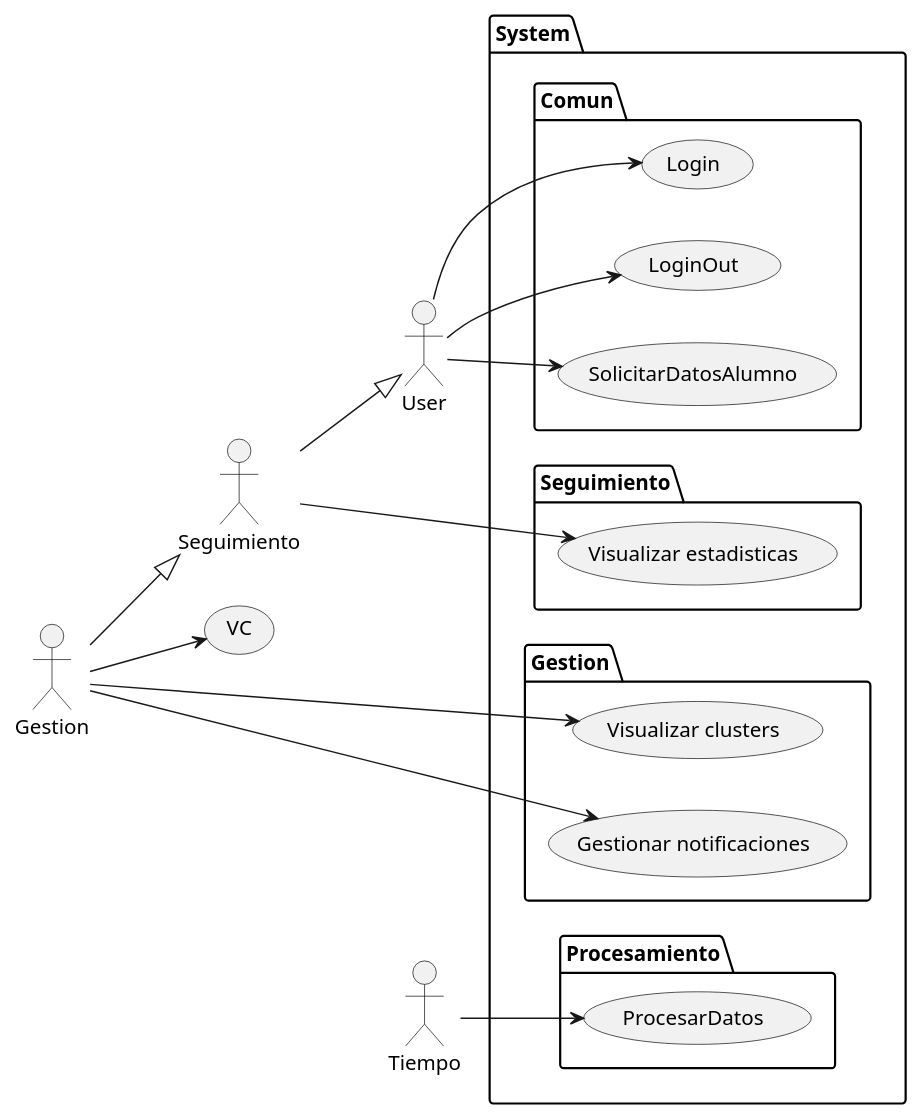
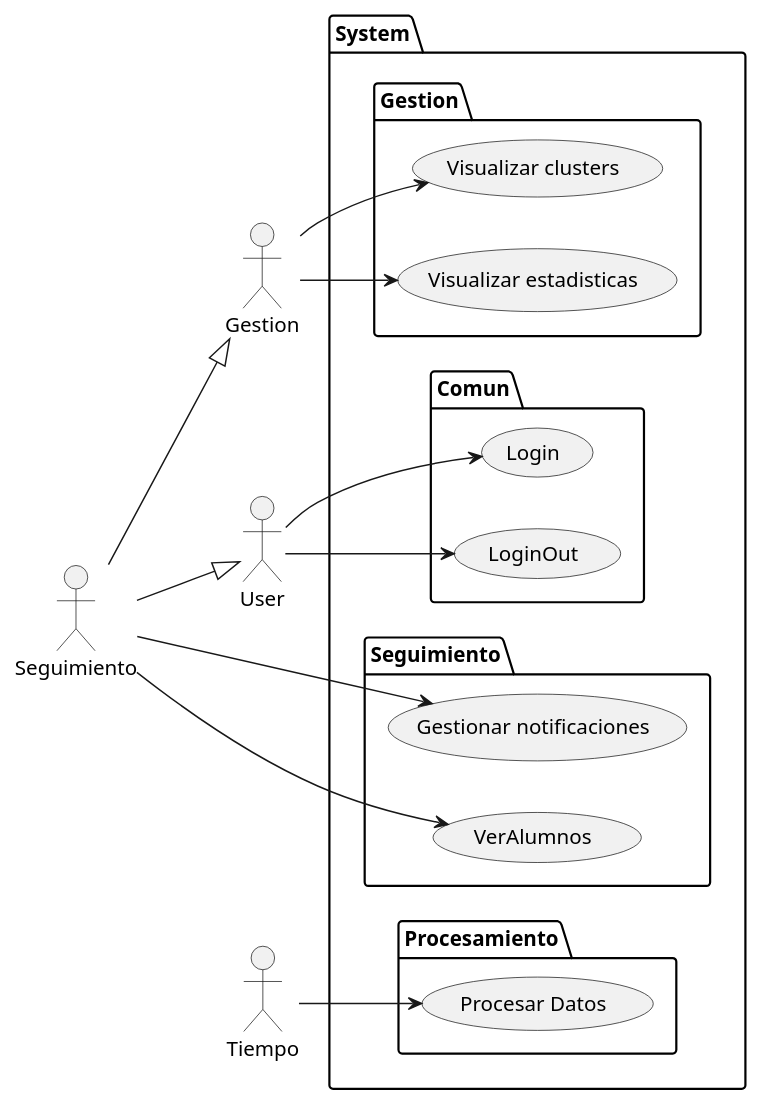
Before and after one commit to mmasias/IdSw1-22-23: the diagram in 000-entregas/Grupo1/CasosDeUso/Cdu.puml, drawn with PlantUML.

Commit message:
Actualizado segun Jorge

```diff
--- a/000-entregas/Grupo1/CasosDeUso/Cdu.puml
+++ b/000-entregas/Grupo1/CasosDeUso/Cdu.puml
@@ -1,45 +1,44 @@
 @startuml CasosDeUso
 left to right direction
 
 actor User
 actor "Gestion" as GEST
 actor "Seguimiento"	as SEG
 actor "Tiempo" as Tiempo
 
 User <|-u- SEG
-SEG <|-u- GEST
+GEST <|-l- SEG
 
 package System {
 
   package Comun {
     usecase "Login" as Login
     usecase "LoginOut" as LoginOut
-    usecase "SolicitarDatosAlumno" as SDA
   }
   package Seguimiento {
+    usecase "Gestionar notificaciones" as GN
+    usecase "VerAlumnos" as VA
+  }
+  package Gestion {
+    usecase "Visualizar clusters" as VC
     usecase "Visualizar estadisticas" as VE
   }
-  package Gestion {
-    usecase "Visualizar clusters" as VCL
-    usecase "Gestionar notificaciones" as GN
-  }
   package Procesamiento {
-    usecase "ProcesarDatos" as PD
+    usecase "Procesar Datos" as PD
   }
 }
 
 
 User --> (Login)
 User --> (LoginOut)
-User --> (SDA)
 
-SEG --> (VE)
+SEG --> (VA)
+SEG --> (GN)
 
 GEST --> (VC)
-GEST --> (VCL)
-GEST --> (GN)
+GEST --> (VE)
 
 
 Tiempo --> PD
 
 @enduml
```
